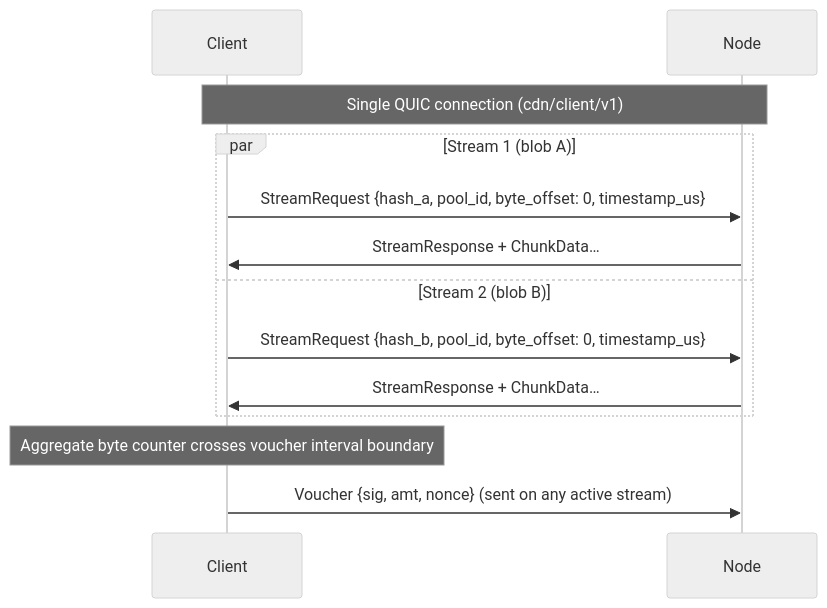
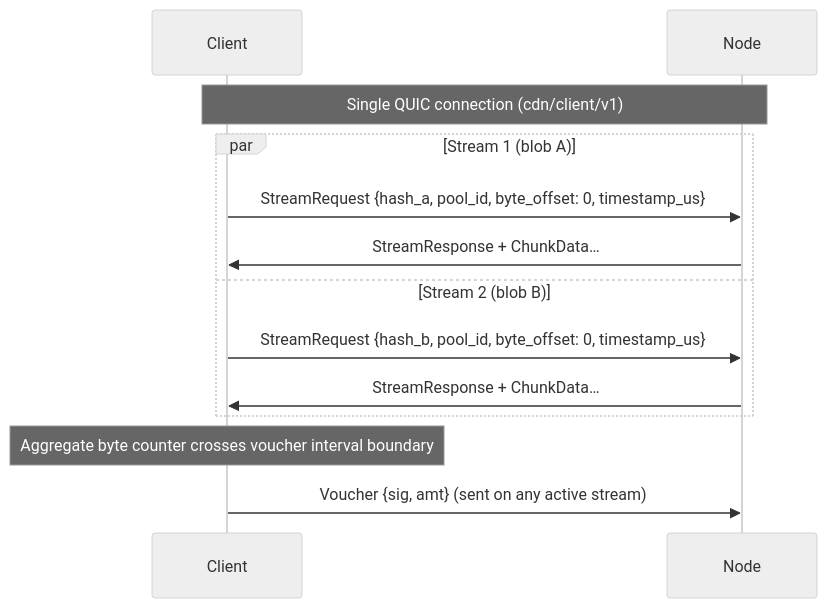
One commit to decdn/decdn changed the third of 3 diagrams in adr/005-protocol.md. Above: the diagram before and after it, drawn with Mermaid (neutral theme). The commit also changed other lines of this file and 5 other files, not shown here.

First line of the commit message:
docs(adr): remove voucher nonce; cumulative amount is the sole ordering guard

````diff
--- a/adr/005-protocol.md
+++ b/adr/005-protocol.md
@@ -226,18 +226,18 @@
 ```mermaid
 sequenceDiagram
     participant C as Client
     participant N as Node
 
     Note over C,N: Single QUIC connection (cdn/client/v1)
 
     par Stream 1 (blob A)
         C->>N: StreamRequest {hash_a, pool_id, byte_offset: 0, timestamp_us}
         N->>C: StreamResponse + ChunkData…
     and Stream 2 (blob B)
         C->>N: StreamRequest {hash_b, pool_id, byte_offset: 0, timestamp_us}
         N->>C: StreamResponse + ChunkData…
     end
 
     Note over C: Aggregate byte counter crosses voucher interval boundary
-    C->>N: Voucher {sig, amt, nonce} (sent on any active stream)
+    C->>N: Voucher {sig, amt} (sent on any active stream)
 ```
````
